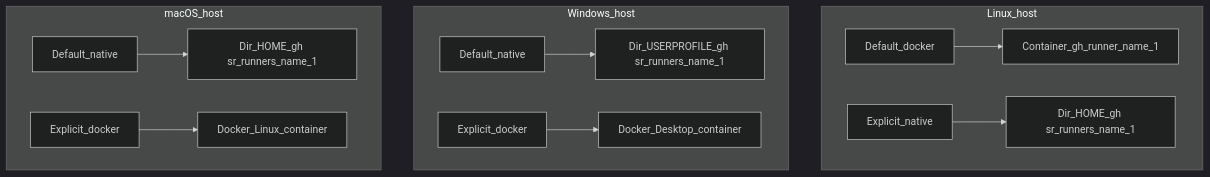
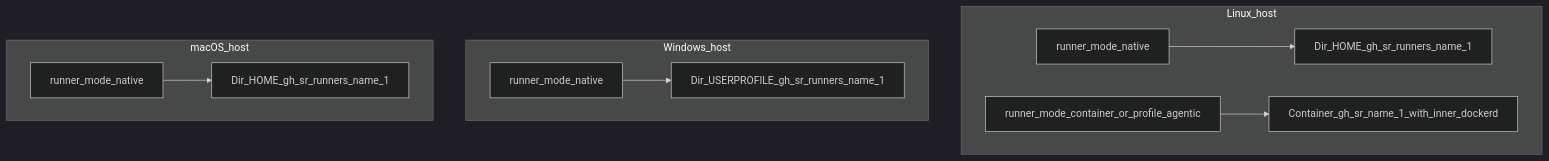
Before and after one commit to baizhiheizi/gh-sr: the second of 5 diagrams in docs/content/architecture.md, drawn with Mermaid (dark theme). The commit also changed other lines of this file and 7 other files, not shown here.

First line of the commit message:
Align gh sr doctor with container-mode agentic runners.

````diff
--- a/docs/content/architecture.md
+++ b/docs/content/architecture.md
@@ -44,21 +42,17 @@
 ```mermaid
 flowchart TB
   subgraph linuxHost [Linux_host]
-    ld[Default_docker]
-    ln[Explicit_native]
-    ld --> c1[Container_gh_runner_name_1]
-    ln --> d1[Dir_HOME_gh sr_runners_name_1]
+    ln[runner_mode_native]
+    lc[runner_mode_container_or_profile_agentic]
+    ln --> d1[Dir_HOME_gh_sr_runners_name_1]
+    lc --> c1[Container_gh_sr_name_1_with_inner_dockerd]
   end
   subgraph winHost [Windows_host]
-    wn[Default_native]
-    wd[Explicit_docker]
-    wn --> wd1[Dir_USERPROFILE_gh sr_runners_name_1]
-    wd --> wc1[Docker_Desktop_container]
+    wn[runner_mode_native]
+    wn --> wd1[Dir_USERPROFILE_gh_sr_runners_name_1]
   end
   subgraph macHost [macOS_host]
-    mn[Default_native]
-    md[Explicit_docker]
-    mn --> md1[Dir_HOME_gh sr_runners_name_1]
-    md --> mc1[Docker_Linux_container]
+    mn[runner_mode_native]
+    mn --> md1[Dir_HOME_gh_sr_runners_name_1]
   end
 ```
````
